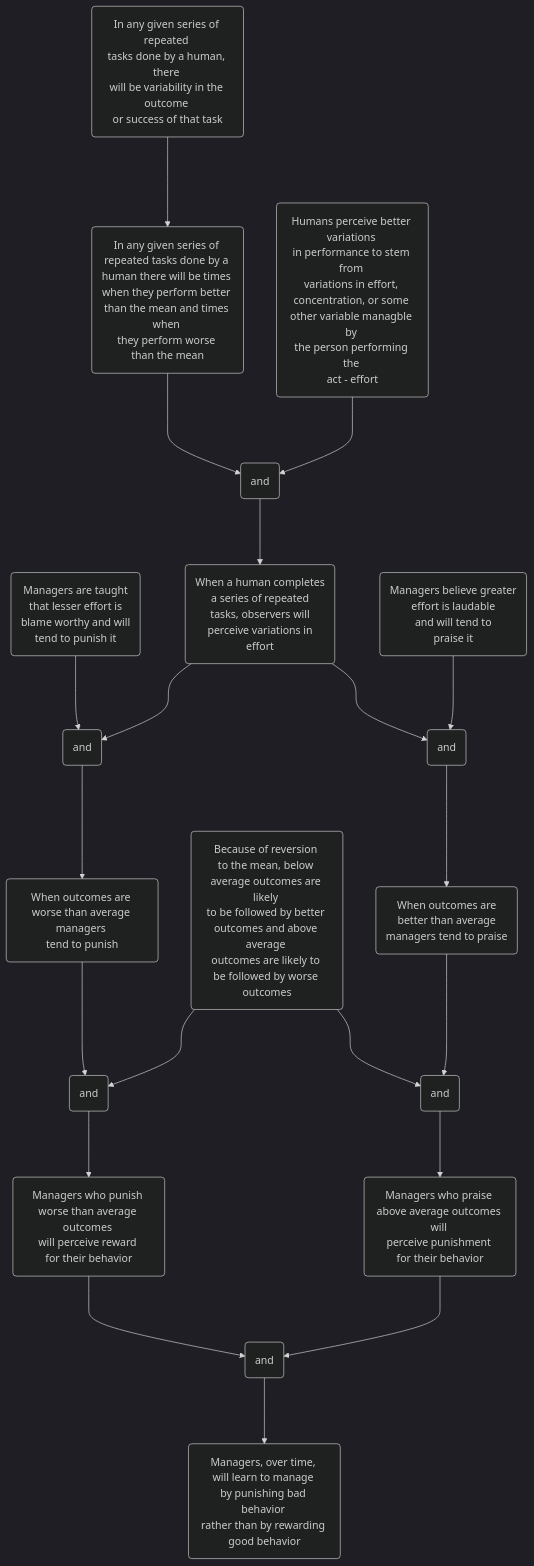
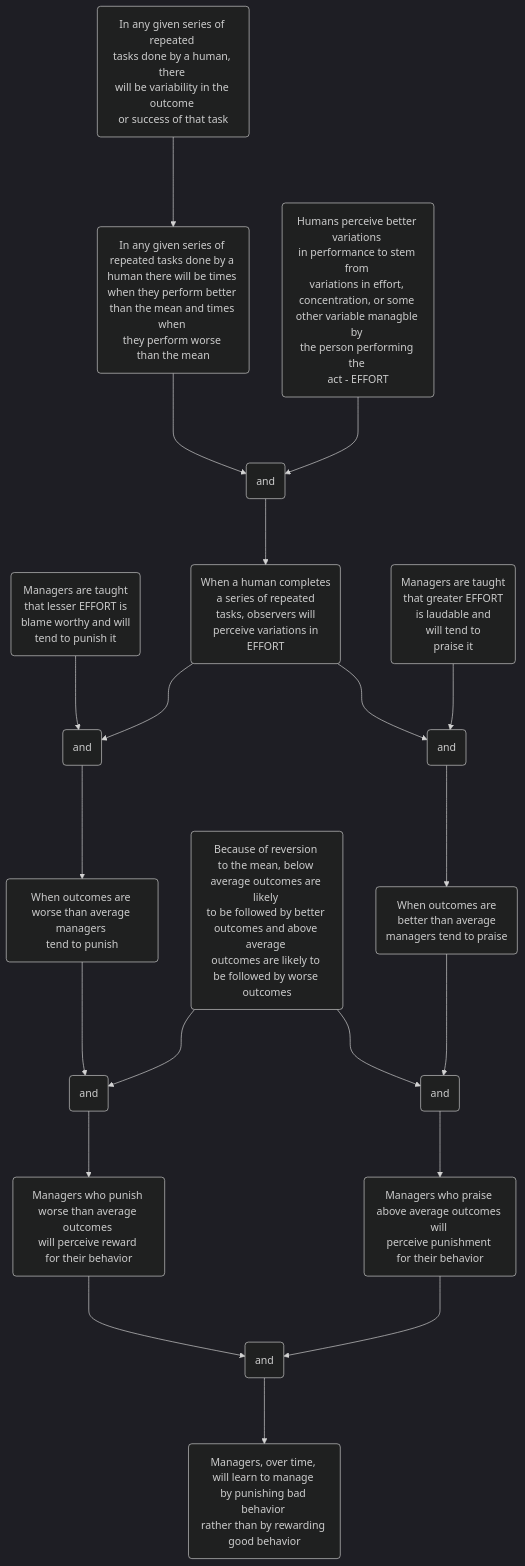
The diagram in Why_Managers_Learn_To_Manage_Negatively.md (hwetsman/TOC_Trees), drawn with Mermaid (dark theme) before and after one commit.

Commit message:
Refactor: capitalize EFFORT

`````diff
--- a/Why_Managers_Learn_To_Manage_Negatively.md
+++ b/Why_Managers_Learn_To_Manage_Negatively.md
@@ -1,41 +1,41 @@
 ```mermaid
 flowchart TB
 
 human_variability(In any given series of repeated <br>tasks done by a human, there <br>will be variability in the outcome <br>or success of that task)
 above_and_below(In any given series of <br>repeated tasks done by a <br>human there will be times <br>when they perform better <br>than the mean and times when <br>they perform worse <br>than the mean)
   human_variability--->above_and_below
-human_perception(Humans perceive better variations <br>in performance to stem from <br>variations in effort, <br>concentration, or some <br>other variable managble by <br>the person performing the <br>act - effort)
+human_perception(Humans perceive better variations <br>in performance to stem from <br>variations in effort, <br>concentration, or some <br>other variable managble by <br>the person performing the <br>act - EFFORT)
   and1(and)
   above_and_below--->and1
   human_perception--->and1
-  lesser_effort(Managers are taught <br>that lesser effort is <br>blame worthy and will <br>tend to punish it)
-  observer_perception(When a human completes <br>a series of repeated <br>tasks, observers will <br>perceive variations in <br>effort)
+  lesser_effort(Managers are taught <br>that lesser EFFORT is <br>blame worthy and will <br>tend to punish it)
+  observer_perception(When a human completes <br>a series of repeated <br>tasks, observers will <br>perceive variations in <br>EFFORT)
     and1--->observer_perception
-  managers_belief(Managers believe greater <br>effort is laudable <br>and will tend to <br>praise it)
+  managers_belief(Managers are taught <br>that greater EFFORT <br>is laudable and <br>will tend to <br>praise it)
     and2(and)
     and3(and)
     observer_perception--->and2
     observer_perception--->and3
       lesser_effort--->and2
       managers_belief--->and3
     worse_outcomes(When outcomes are <br>worse than average managers <br>tend to punish)
       and2--->worse_outcomes
     reversion(Because of reversion <br>to the mean, below <br>average outcomes are likely <br>to be followed by better <br>outcomes and above average <br>outcomes are likely to <br>be followed by worse outcomes)
     better_outcomes(When outcomes are <br>better than average <br>managers tend to praise)
       and3--->better_outcomes
       and4(and)
       and5(and)
         worse_outcomes--->and4
         reversion--->and4
         reversion--->and5
         better_outcomes--->and5
       managers_punish(Managers who punish <br>worse than average outcomes <br>will perceive reward <br>for their behavior)
         and4--->managers_punish
       managers_praise(Managers who praise <br>above average outcomes will <br>perceive punishment <br>for their behavior)
         and5--->managers_praise
         and6(and)
           managers_punish--->and6
           managers_praise--->and6
         managers_over_time(Managers, over time, <br>will learn to manage <br>by punishing bad behavior <br>rather than by rewarding <br>good behavior)
           and6--->managers_over_time
 ````
`````
